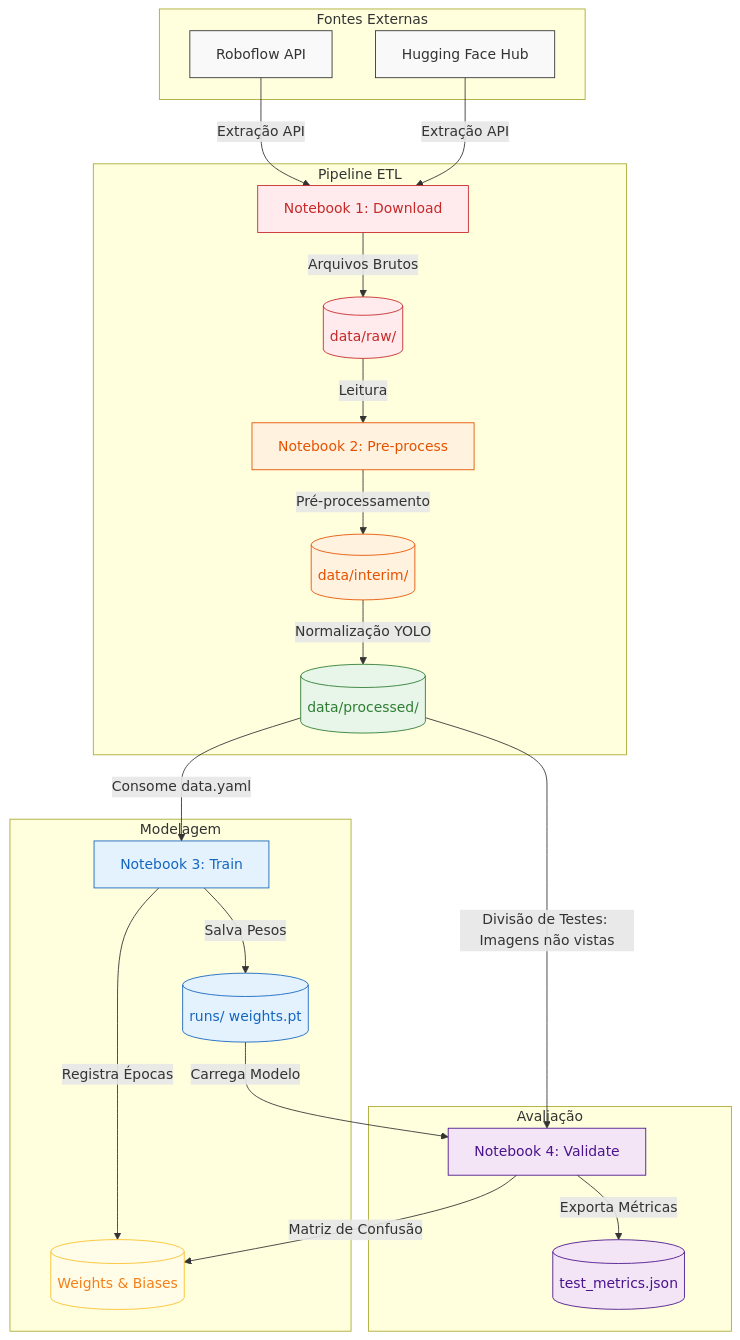
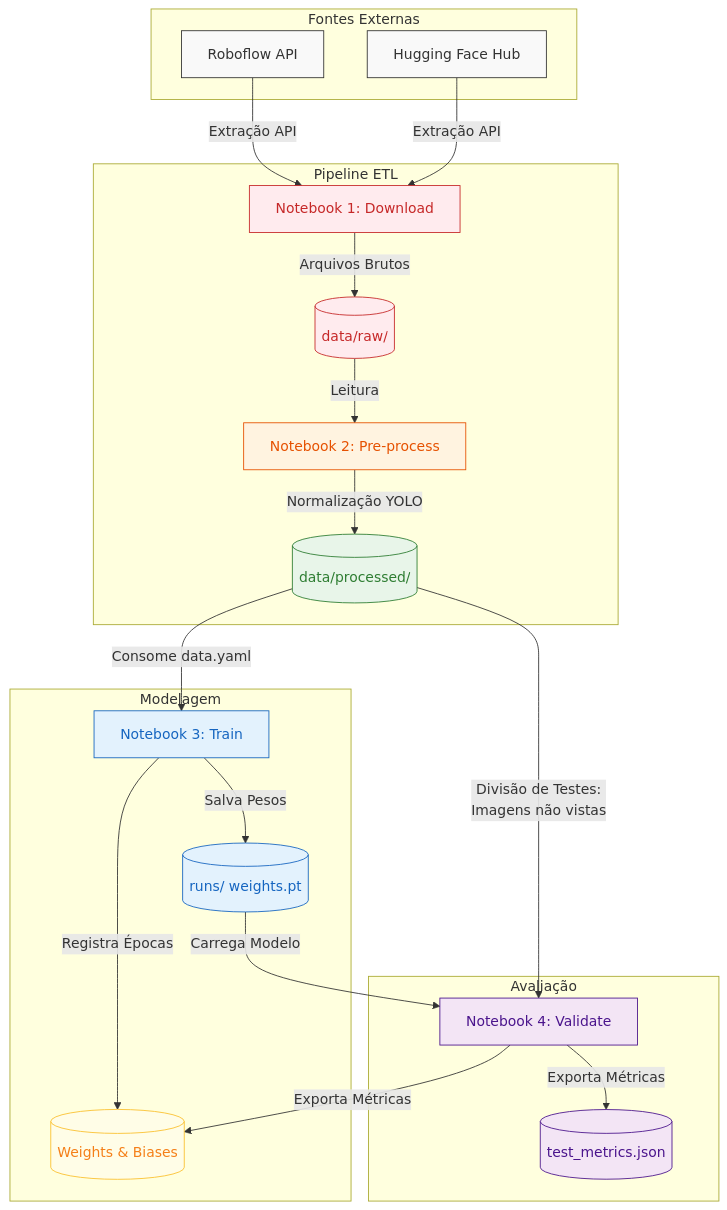
The diagram in projetos/bus-passenger-count/README.md (vitrentin/IA901-2026S1), drawn with Mermaid before and after one commit. The commit also changed other lines of this file, not shown here.

````diff
--- a/projetos/bus-passenger-count/README.md
+++ b/projetos/bus-passenger-count/README.md
@@ -136,54 +136,52 @@
 ```mermaid
 graph TD
     %% Definição de Estilos
     classDef external fill:#f9f9f9,stroke:#333,stroke-width:1px,color:#333;
     classDef raw fill:#ffebee,stroke:#c62828,stroke-width:1px,color:#c62828;
     classDef interim fill:#fff3e0,stroke:#e65100,stroke-width:1px,color:#e65100;
     classDef processed fill:#e8f5e9,stroke:#2e7d32,stroke-width:1px,color:#2e7d32;
     classDef train fill:#e3f2fd,stroke:#1565c0,stroke-width:1px,color:#1565c0;
     classDef eval fill:#f3e5f5,stroke:#4a148c,stroke-width:1px,color:#4a148c;
     classDef tracking fill:#fffde7,stroke:#fbc02d,stroke-width:1px,color:#f57f17;
 
     %% Fontes de Dados
     subgraph Fontes Externas
         R[Roboflow API]:::external
         H[Hugging Face Hub]:::external
     end
 
     %% Pipeline de Dados
     subgraph Pipeline ETL
         NB1[Notebook 1: Download]:::raw
         RAW[(data/raw/)]:::raw
         NB2[Notebook 2: Pre-process]:::interim
-        INT[(data/interim/)]:::interim
         PROC[(data/processed/)]:::processed
         
         R & H -->|Extração API| NB1
         NB1 -->|Arquivos Brutos| RAW
         RAW -->|Leitura| NB2
-        NB2 -->|Pré-processamento| INT
-        INT -->|Normalização YOLO| PROC
+        NB2 -->|Normalização YOLO| PROC
     end
 
     %% Treinamento
     subgraph Modelagem
         NB3[Notebook 3: Train]:::train
         WANDB[(Weights & Biases)]:::tracking
         RUNS[(runs/ weights.pt)]:::train
         
         PROC -->|Consome data.yaml| NB3
         NB3 -->|Registra Épocas| WANDB
         NB3 -->|Salva Pesos| RUNS
     end
 
     %% Validação
     subgraph Avaliação
         NB4[Notebook 4: Validate]:::eval
         METRICS[(test_metrics.json)]:::eval
         
         RUNS -->|Carrega Modelo| NB4
-        PROC -->|Divisão de Testes: Imagens não vistas| NB4
-        NB4 -->|Matriz de Confusão| WANDB
-        NB4 -->|Exporta Métricas| METRICS
+        PROC -->|Divisão de Testes: 
+        Imagens não vistas| NB4
+        NB4 -->|Exporta Métricas| METRICS & WANDB
     end
 ```
````
